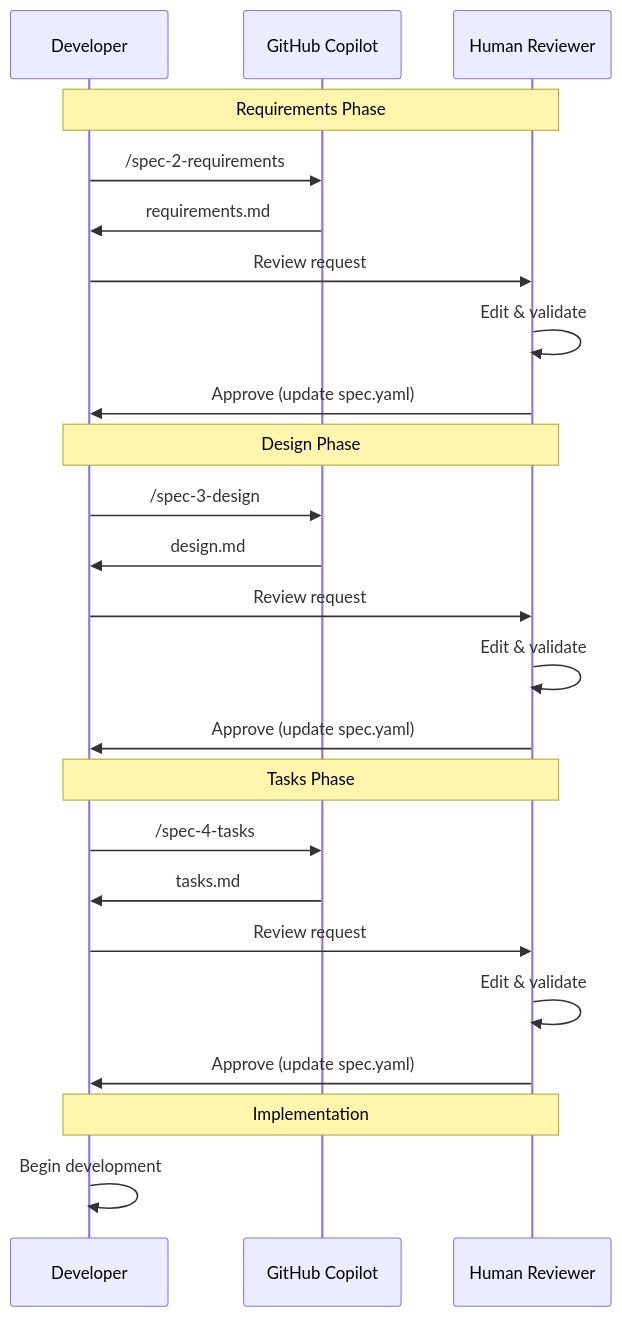
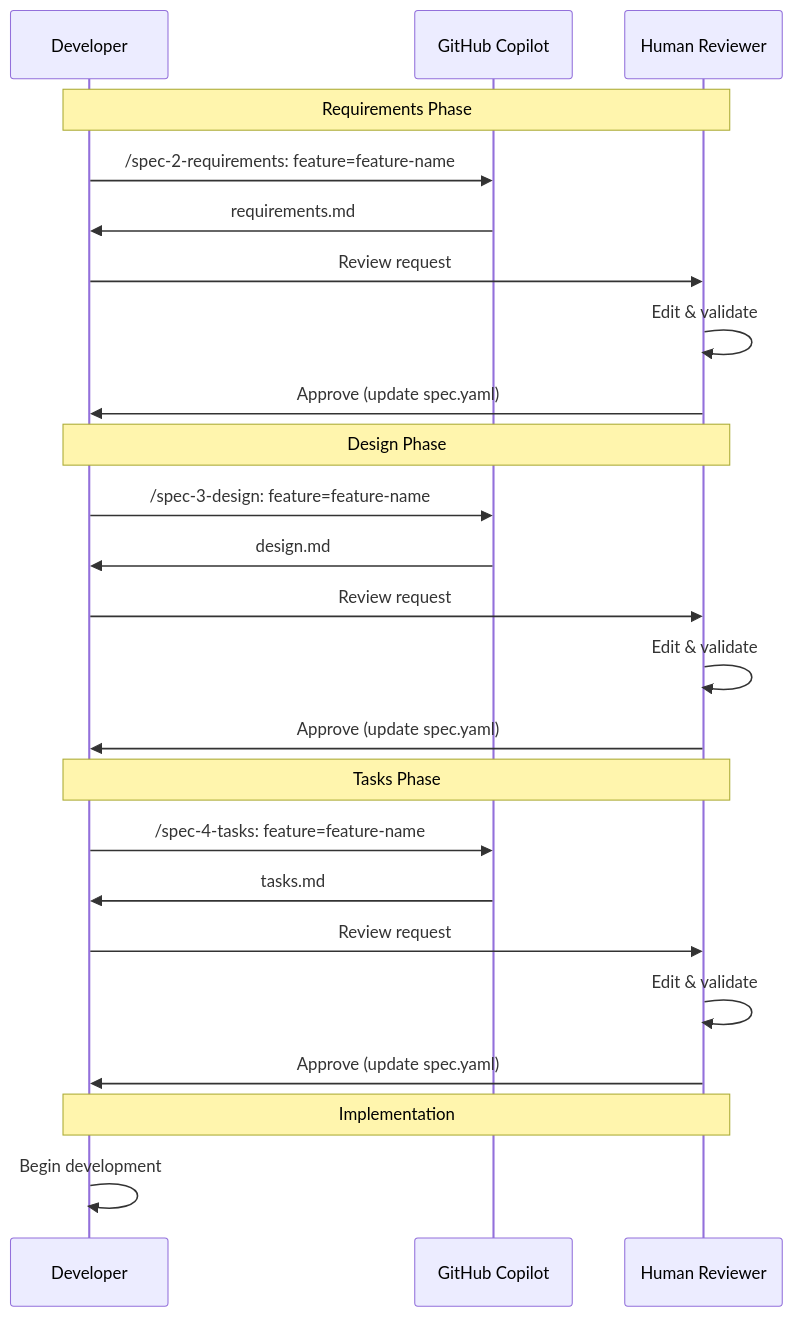
The third of 3 diagrams in .github/README.md (ming86/claude-code-spec), drawn with Mermaid before and after one commit. The commit also changed other lines of this file, not shown here.

````diff
--- a/.github/README.md
+++ b/.github/README.md
@@ -284,30 +284,30 @@
 ```mermaid
 sequenceDiagram
     participant Dev as Developer
     participant GH as GitHub Copilot
     participant Human as Human Reviewer
     
     Note over Dev,Human: Requirements Phase
-    Dev->>GH: /spec-2-requirements
+    Dev->>GH: /spec-2-requirements: feature=feature-name
     GH->>Dev: requirements.md
     Dev->>Human: Review request
     Human->>Human: Edit & validate
     Human->>Dev: Approve (update spec.yaml)
     
     Note over Dev,Human: Design Phase  
-    Dev->>GH: /spec-3-design
+    Dev->>GH: /spec-3-design: feature=feature-name
     GH->>Dev: design.md
     Dev->>Human: Review request
     Human->>Human: Edit & validate
     Human->>Dev: Approve (update spec.yaml)
     
     Note over Dev,Human: Tasks Phase
-    Dev->>GH: /spec-4-tasks
+    Dev->>GH: /spec-4-tasks: feature=feature-name
     GH->>Dev: tasks.md
     Dev->>Human: Review request
     Human->>Human: Edit & validate
     Human->>Dev: Approve (update spec.yaml)
     
     Note over Dev,Human: Implementation
     Dev->>Dev: Begin development
 ```
````
